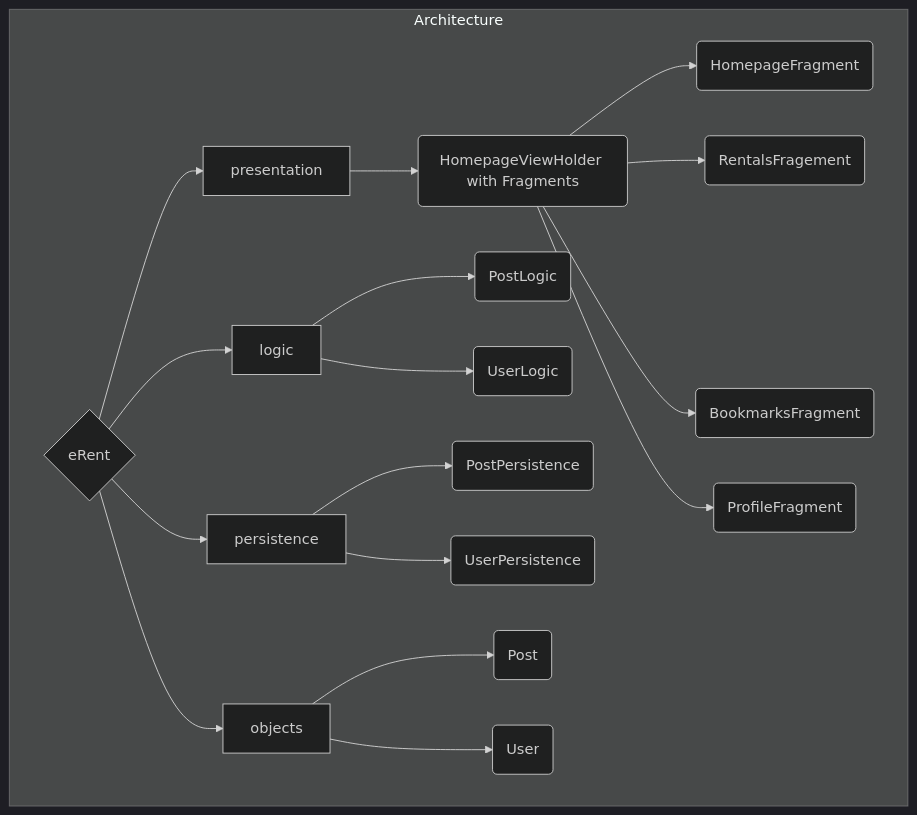
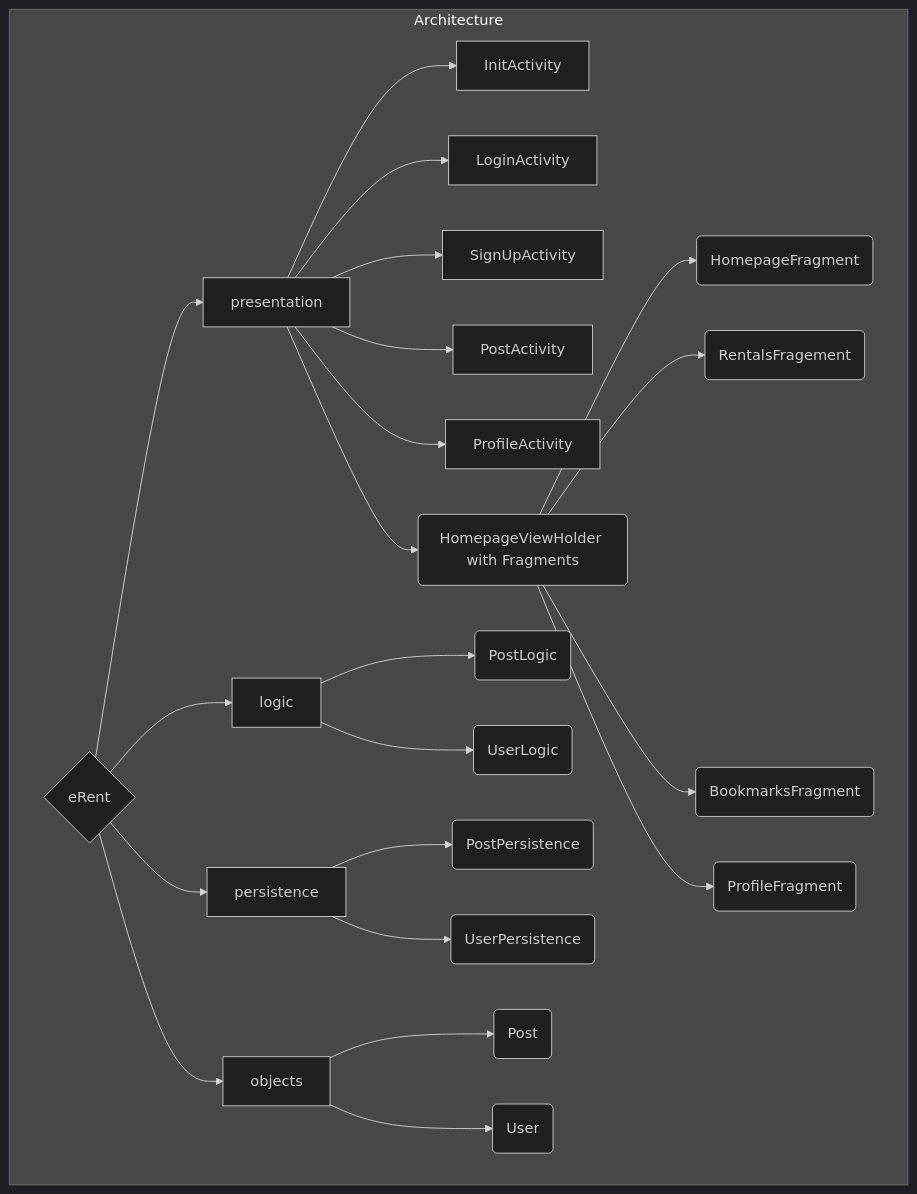
Before and after one commit to ishraqn/eRentApp: the diagram in ARCHITECTURE.md, drawn with Mermaid (dark theme). The commit also changed 3 other files, not shown here.

````diff
--- a/ARCHITECTURE.md
+++ b/ARCHITECTURE.md
@@ -6,20 +6,25 @@
 ```mermaid
 graph TD;
     subgraph "Architecture"
     A{eRent}-->B[presentation];
     A{eRent}-->C[logic];
     A{eRent}-->D[persistence];
     A{eRent}-->E[objects];
+    B-->InitActivity;
+    B-->LoginActivity;
+    B-->SignUpActivity;
+    B-->PostActivity;
+    B-->ProfileActivity;
     B-->B1(HomepageViewHolder with Fragments);
     B1-->B2(HomepageFragment);
     B1-->B3(RentalsFragement);
     B1-->B4(BookmarksFragment);
     B1-->B5(ProfileFragment);
     C-->C1(PostLogic);
     C-->C2(UserLogic);
     D-->D1(PostPersistence);
     D-->D2(UserPersistence);
     E-->E1(Post);
     E-->E2(User);
     end
 ```
````
